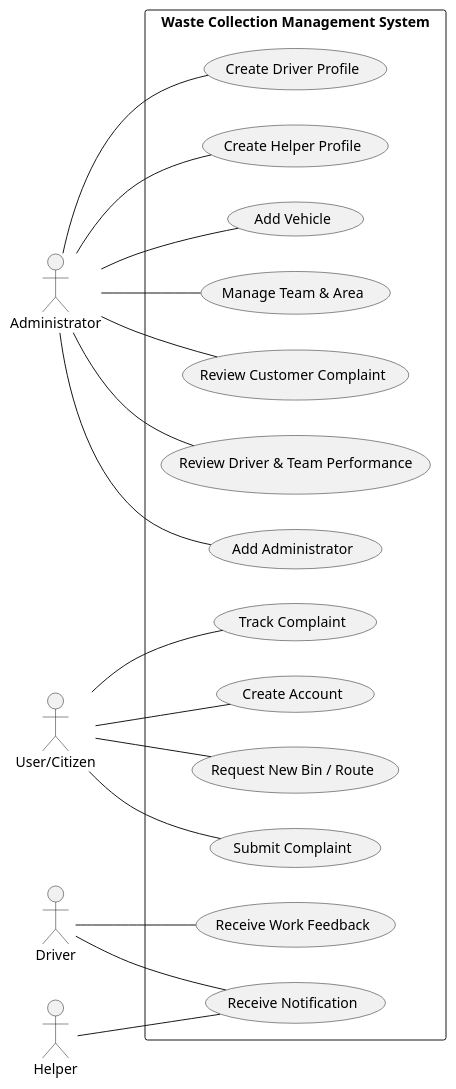
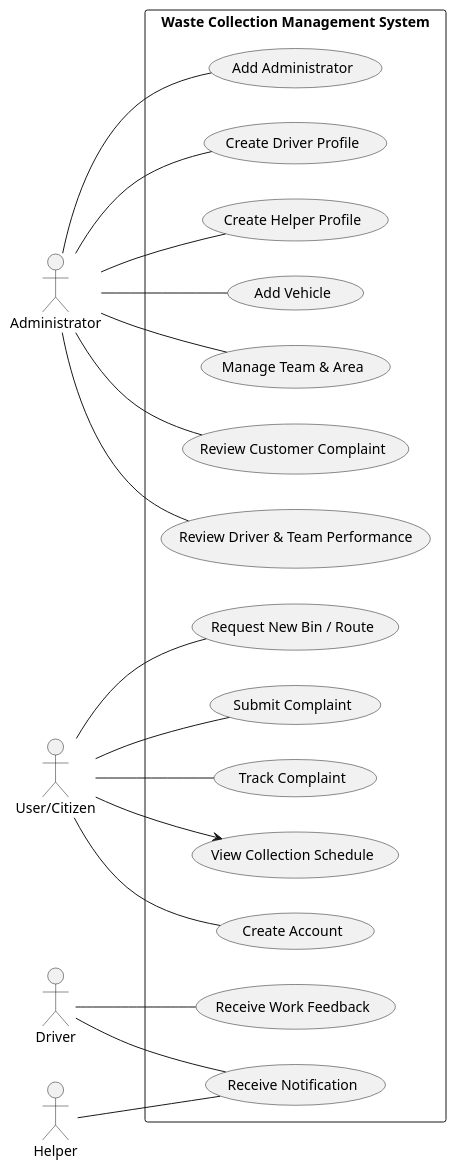
The diagram in src/main/java/com/aruna/wcms/wcmsUseCase.puml (ArunaMahaGamage/spring_wcms), drawn with PlantUML before and after one commit. The commit also changed 6 other files, not shown here.

Commit message:
Diagrams

```diff
--- a/src/main/java/com/aruna/wcms/wcmsUseCase.puml
+++ b/src/main/java/com/aruna/wcms/wcmsUseCase.puml
@@ -1,29 +1,30 @@
 @startuml
 left to right direction
 
 actor Administrator
 actor "User/Citizen" as User
 actor Driver
 actor Helper
 
 rectangle "Waste Collection Management System" {
 
   Administrator -- (Add Administrator)
   Administrator -- (Create Driver Profile)
   Administrator -- (Create Helper Profile)
   Administrator -- (Add Vehicle)
   Administrator -- (Manage Team & Area)
   Administrator -- (Review Customer Complaint)
   Administrator -- (Review Driver & Team Performance)
 
   User -- (Create Account)
   User -- (Request New Bin / Route)
   User -- (Submit Complaint)
   User -- (Track Complaint)
+  User --> (View Collection Schedule)
 
   Driver -- (Receive Notification)
   Driver -- (Receive Work Feedback)
 
   Helper -- (Receive Notification)
 }
 @enduml
```
